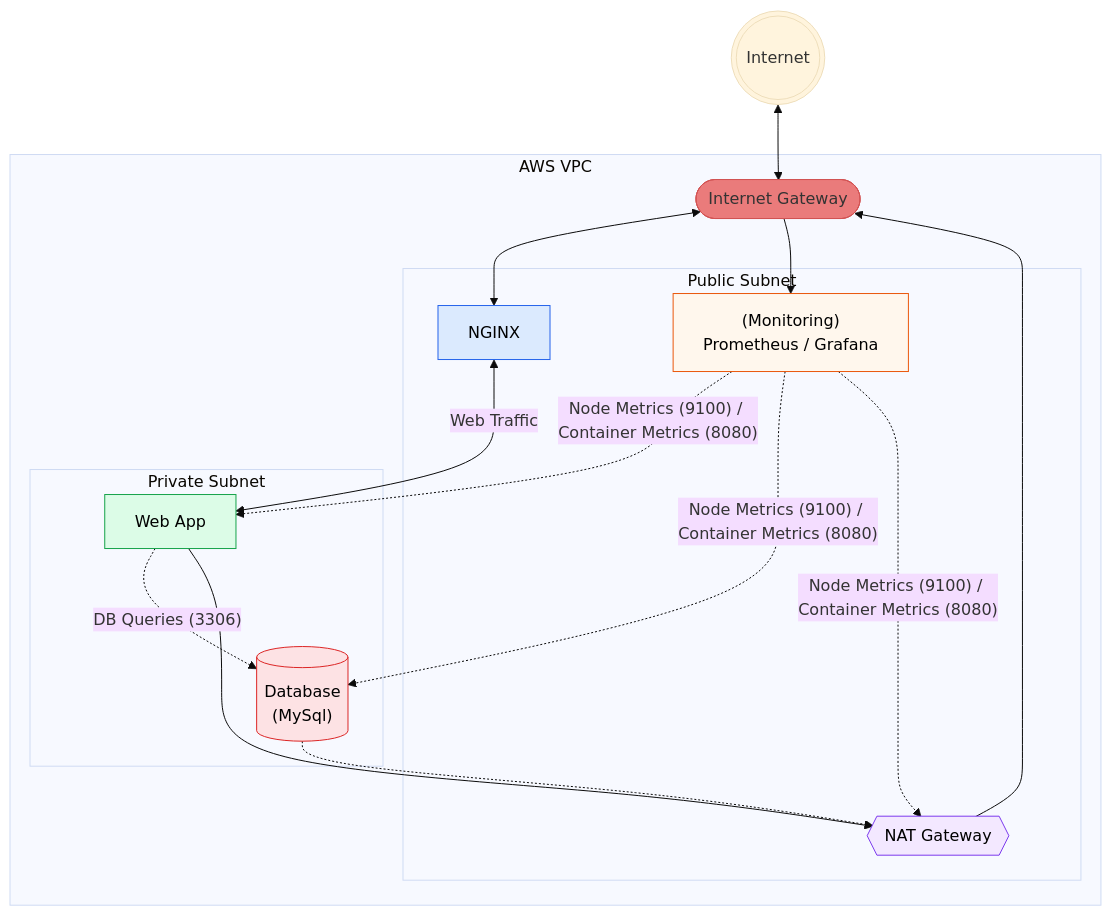
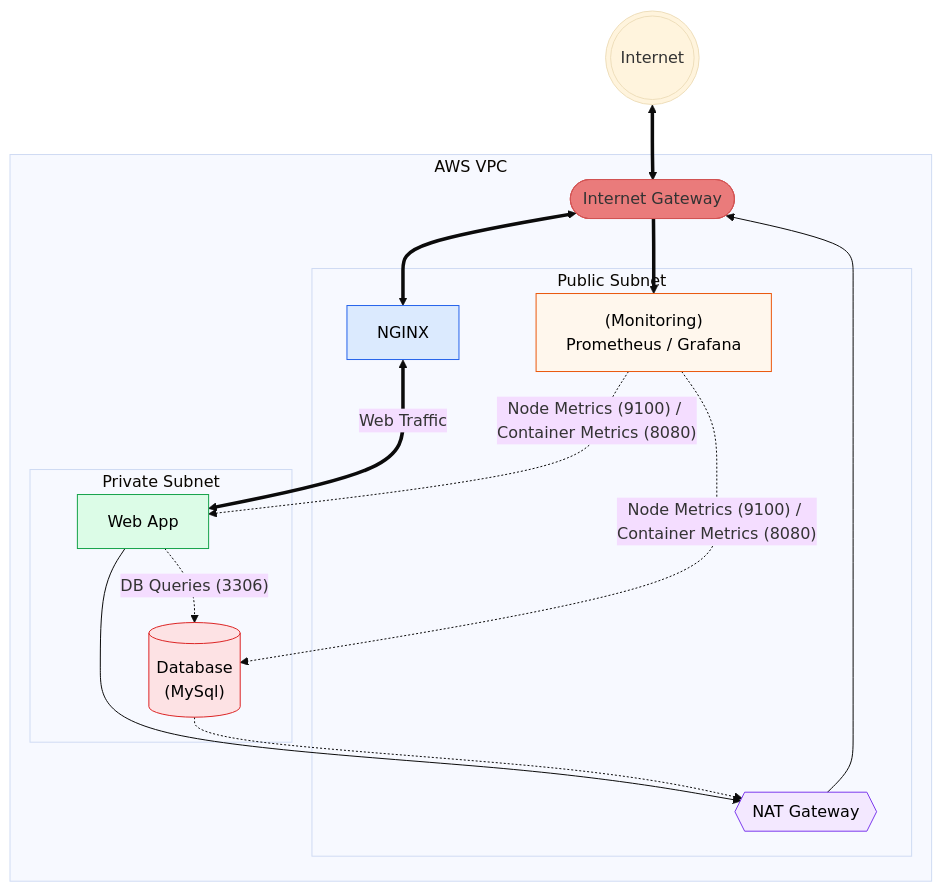
The diagram in README.md (Jazzar101/learning-terraform-3087701), drawn with Mermaid (base theme) before and after one commit.

Commit message:
More line testing

````diff
--- a/README.md
+++ b/README.md
@@ -6,45 +6,44 @@
 ```mermaid
 flowchart TB
     Internet(((Internet)))
     subgraph VPC[AWS VPC]
         IGW([Internet Gateway])
         subgraph PublicSubnet[Public Subnet]
             NGINX[NGINX]
             Monitoring["(Monitoring)\nPrometheus / Grafana"]
             NAT{{NAT Gateway}}
         end
 
         subgraph PrivateSubnet[Private Subnet]
             App[Web App]
             DB[("Database\n(MySql)")]
         end
     end
 
-    Internet <--> IGW
-    IGW <--> NGINX
-    NGINX <-->|Web Traffic| App
+    Internet <==> IGW
+    IGW <==> NGINX
+    NGINX <==>|Web Traffic| App
     App -.->|"DB Queries (3306)"| DB
-    IGW --> Monitoring
+    IGW ==> Monitoring
 
     Monitoring -.->|"Node Metrics (9100) / Container Metrics (8080)"| App & DB
-    Monitoring -.->|"Node Metrics (9100) / Container Metrics (8080)"| NAT
 
     App --> NAT
     DB -.-> NAT
     NAT --> IGW
 
     %% Node-only styling (GitHub safe)
     classDef ingress fill:#dbeafe,stroke:#2563eb,color:#000000
     classDef monitoring fill:#fff7ed,stroke:#ea580c,color:#000000
     classDef nat fill:#f3e8ff,stroke:#7c3aed,color:#000000
     classDef app fill:#dcfce7,stroke:#16a34a,color:#000000
     classDef db fill:#fde2e4,stroke:#dc2626,color:#000000
     classDef igw fill:#EA7B7B,stroke:#D25353,color:#00000
 
     class NGINX ingress
     class Monitoring monitoring
     class NAT nat
     class App app
     class DB db
     class IGW igw
 ```
````
